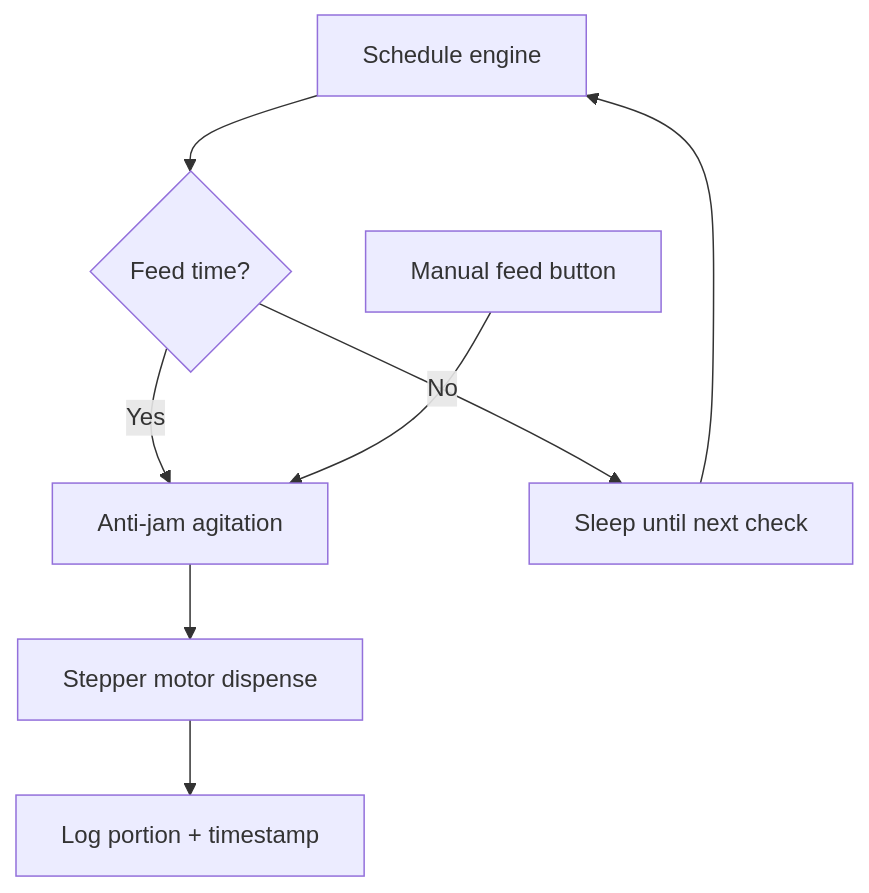
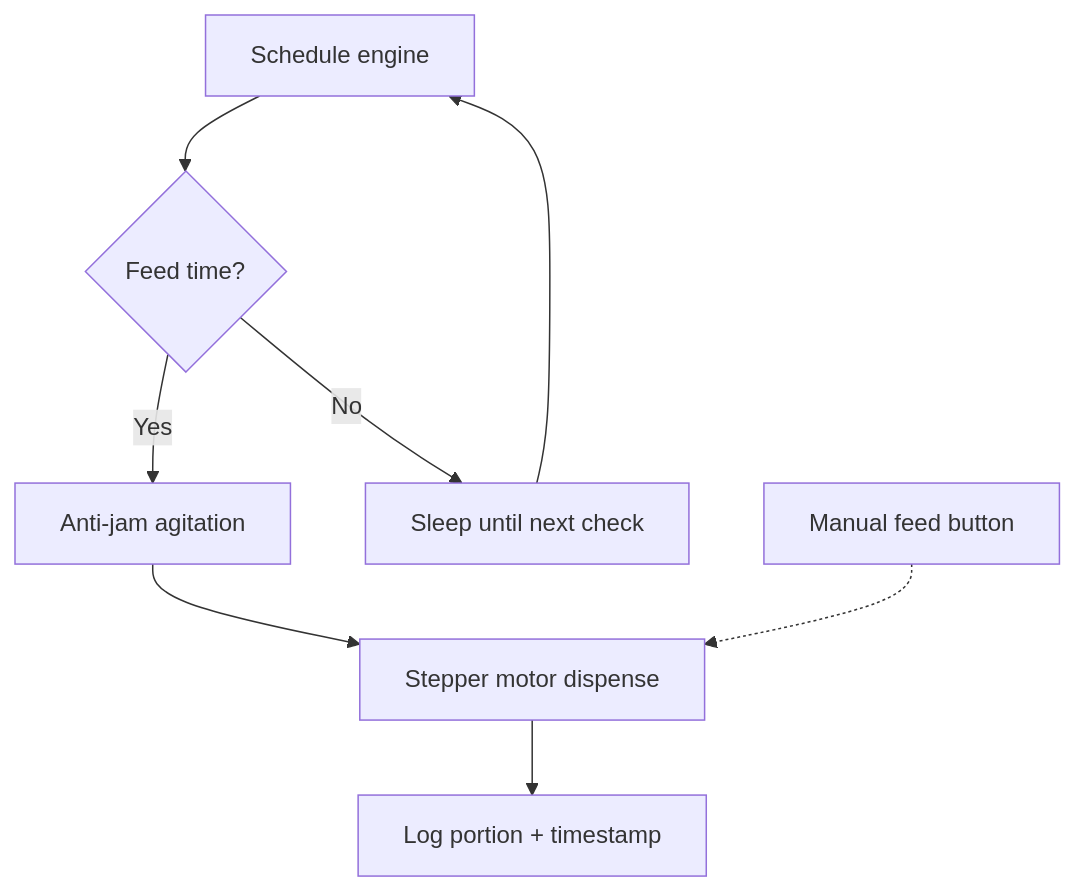
Before and after one commit to Minimalistic/marsh.city: the diagram in src/content/projects/petfeedr.md, drawn with Mermaid.

Commit message:
fix: clean up PetFeedr flowchart layout, eliminate line crossings
Switch to TD layout, connect manual feed to dispense step to avoid
crossing the No/Sleep path. Dashed line distinguishes the alternate
entry point.

````diff
--- a/src/content/projects/petfeedr.md
+++ b/src/content/projects/petfeedr.md
@@ -38,10 +38,10 @@
 ```mermaid
 flowchart TD
   A[Schedule engine] --> B{Feed time?}
   B -->|Yes| C[Anti-jam agitation]
   B -->|No| F[Sleep until next check]
   F --> A
+  G[Manual feed button] -.-> D
   C --> D[Stepper motor dispense]
   D --> E[Log portion + timestamp]
-  G[Manual feed button] --> C
 ```
````
